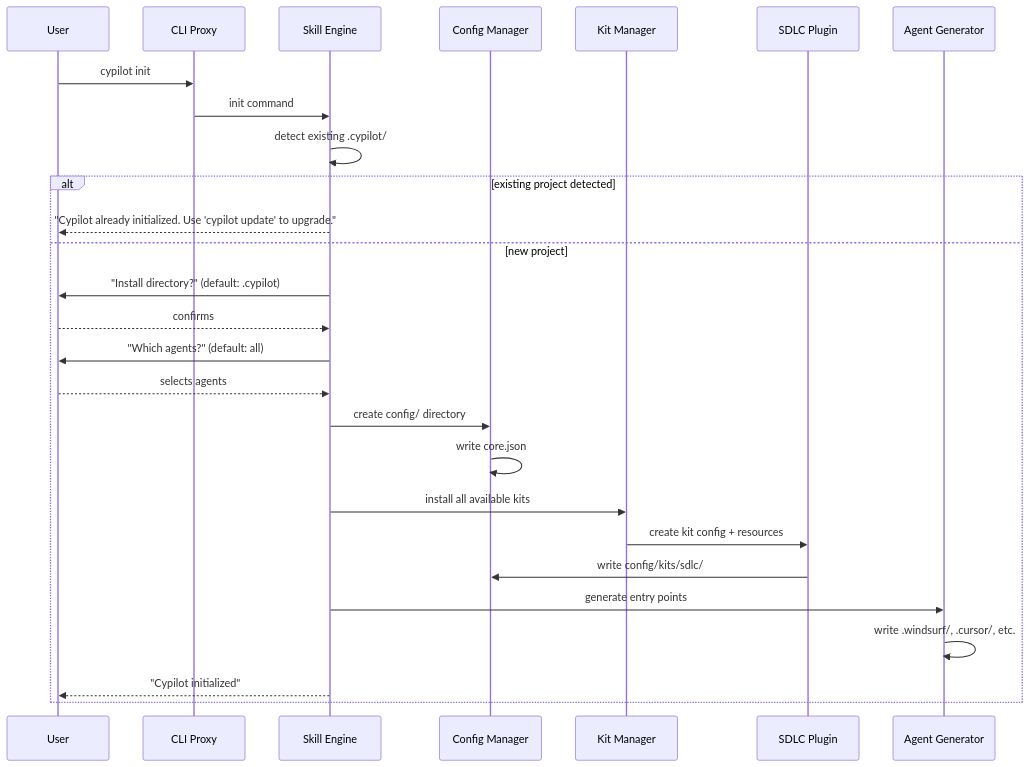
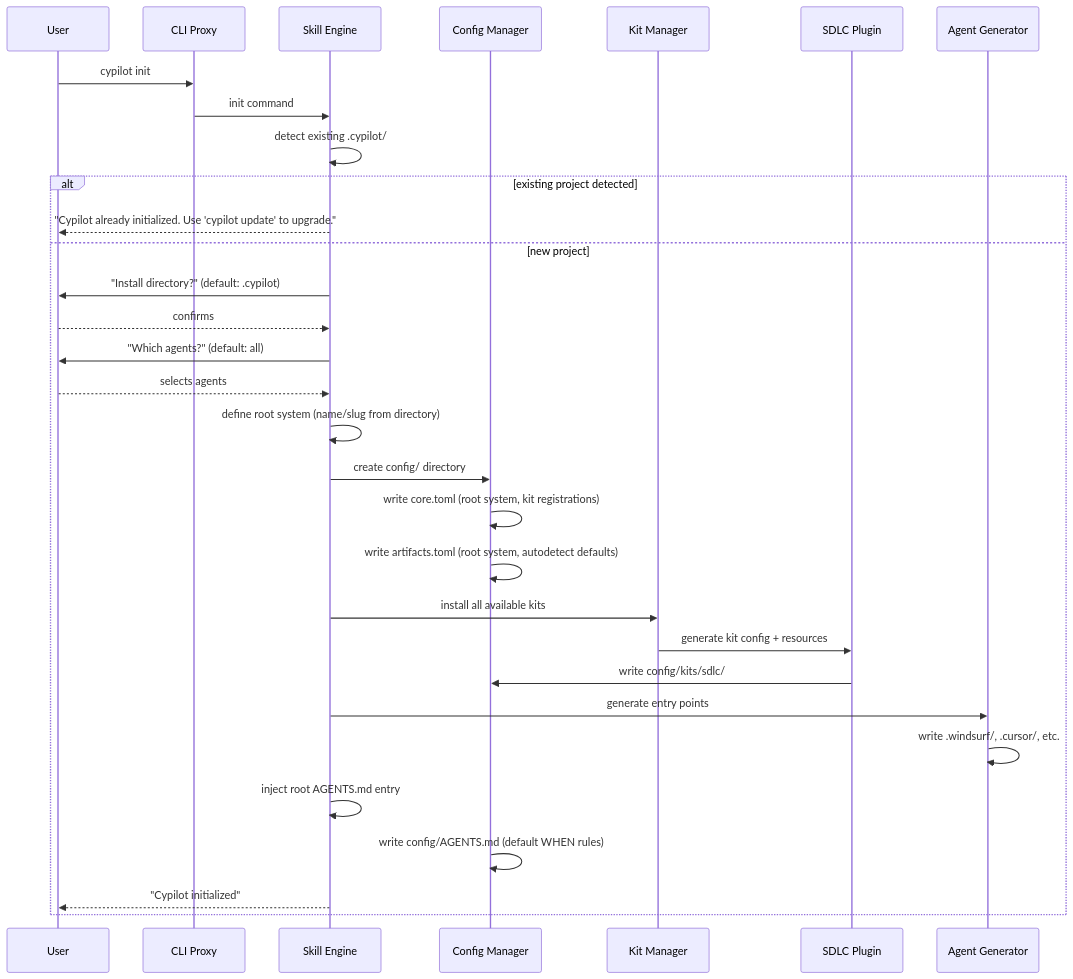
Before and after one commit to cyberfabric/cyber-pilot: the second of 7 diagrams in architecture/DESIGN.md, drawn with Mermaid. The commit also changed other lines of this file and 31 other files, not shown here.

First line of the commit message:
docs(architecture): update DESIGN.md to reflect blueprint-based kit architecture and TOML config migration

````diff
--- a/architecture/DESIGN.md
+++ b/architecture/DESIGN.md
@@ -693,22 +782,26 @@
 ```mermaid
 sequenceDiagram
     User->>CLI Proxy: cypilot init
     CLI Proxy->>Skill Engine: init command
     Skill Engine->>Skill Engine: detect existing .cypilot/
     alt existing project detected
         Skill Engine-->>User: "Cypilot already initialized. Use 'cypilot update' to upgrade."
     else new project
         Skill Engine->>User: "Install directory?" (default: .cypilot)
         User-->>Skill Engine: confirms
         Skill Engine->>User: "Which agents?" (default: all)
         User-->>Skill Engine: selects agents
+        Skill Engine->>Skill Engine: define root system (name/slug from directory)
         Skill Engine->>Config Manager: create config/ directory
-        Config Manager->>Config Manager: write core.json
+        Config Manager->>Config Manager: write core.toml (root system, kit registrations)
+        Config Manager->>Config Manager: write artifacts.toml (root system, autodetect defaults)
         Skill Engine->>Kit Manager: install all available kits
-        Kit Manager->>SDLC Plugin: create kit config + resources
+        Kit Manager->>SDLC Plugin: generate kit config + resources
         SDLC Plugin->>Config Manager: write config/kits/sdlc/
         Skill Engine->>Agent Generator: generate entry points
         Agent Generator->>Agent Generator: write .windsurf/, .cursor/, etc.
+        Skill Engine->>Skill Engine: inject root AGENTS.md entry
+        Config Manager->>Config Manager: write config/AGENTS.md (default WHEN rules)
         Skill Engine-->>User: "Cypilot initialized"
     end
 ```
````
